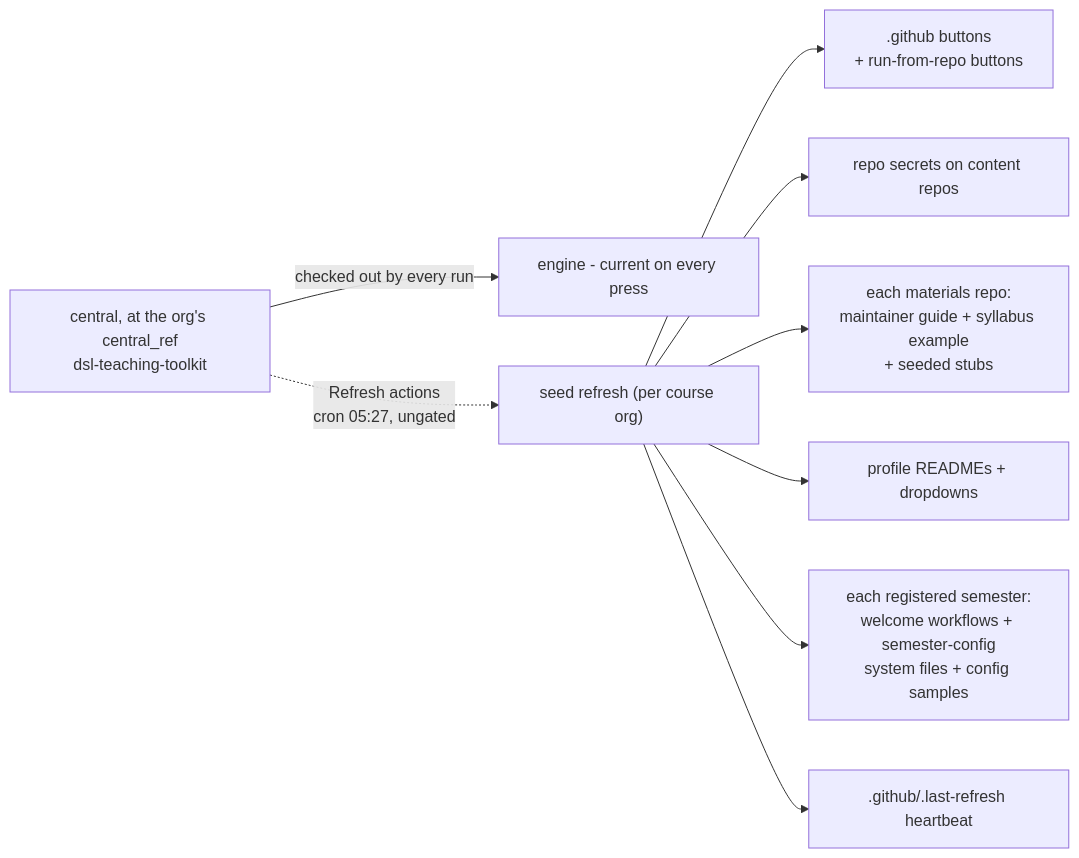
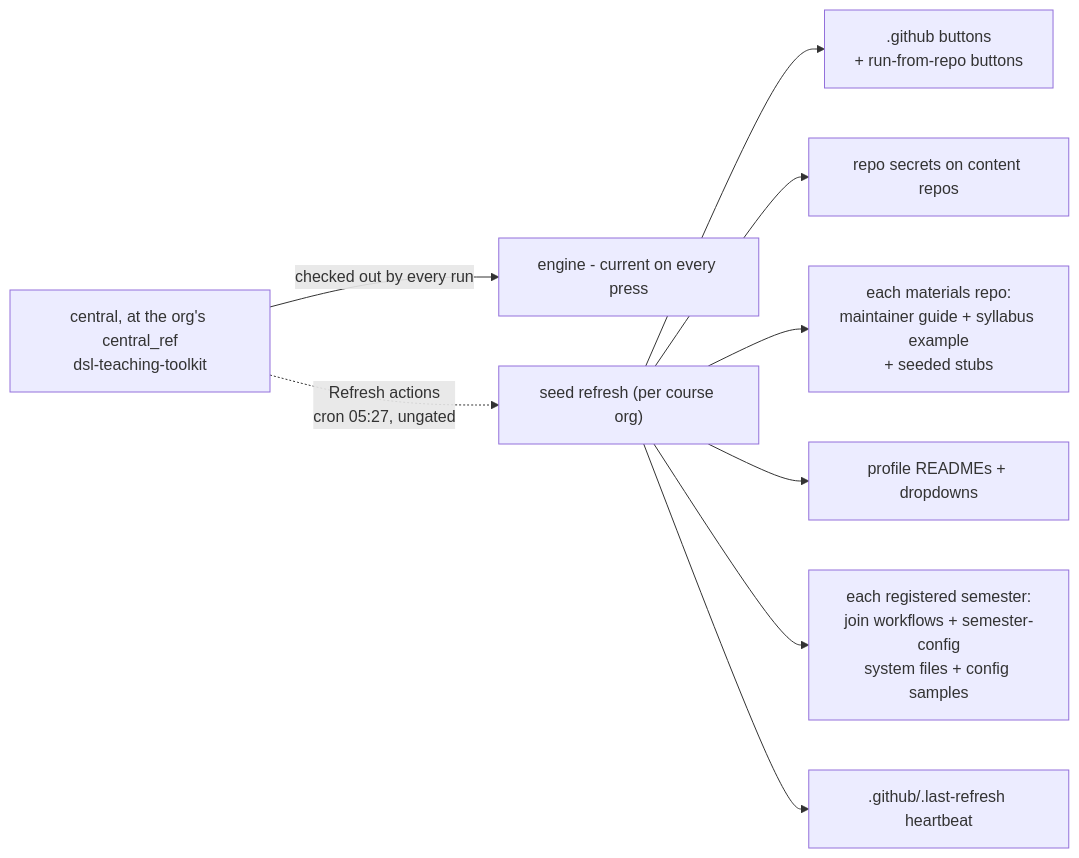
The eighth of 10 diagrams in docs-admin-arch/architecture.md (hertie-data-science-lab/dsl-teaching-toolkit), drawn with Mermaid before and after one commit. The commit also changed other lines of this file and 71 other files, not shown here.

Commit message:
refactor(layout): rename the welcome repo to join

````diff
--- a/docs-admin-arch/architecture.md
+++ b/docs-admin-arch/architecture.md
@@ -479,19 +479,19 @@
 ```mermaid
 flowchart LR
   c["`central, at the org's central_ref
 dsl-teaching-toolkit`"]
   c -->|"checked out by every run"| eng["engine - current on every press"]
   c -.->|"`Refresh actions
 cron 05:27, ungated`"| sr["seed refresh (per course org)"]
   sr --> w["`.github buttons
 + run-from-repo buttons`"]
   sr --> sec["repo secrets on content repos"]
   sr --> sys["`each materials repo:
 maintainer guide + syllabus example
 + seeded stubs`"]
   sr --> pr["profile READMEs + dropdowns"]
   sr --> coh["`each registered semester:
-welcome workflows + semester-config
+join workflows + semester-config
 system files + config samples`"]
   sr --> hb[".github/.last-refresh heartbeat"]
 ```
````
